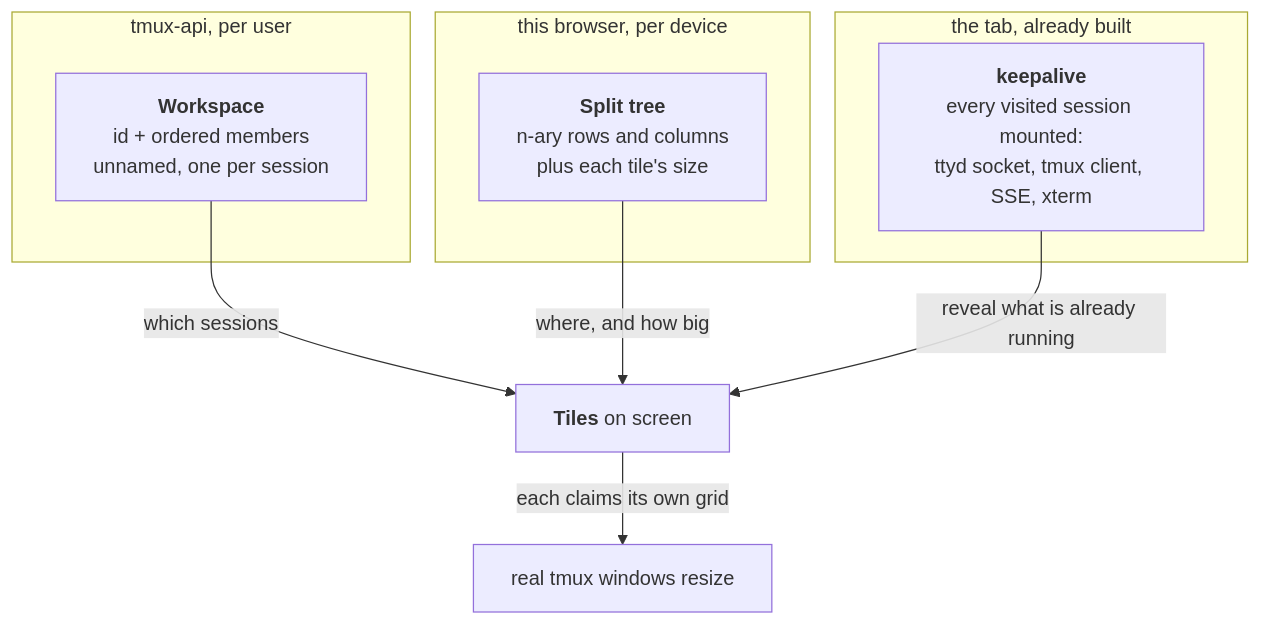
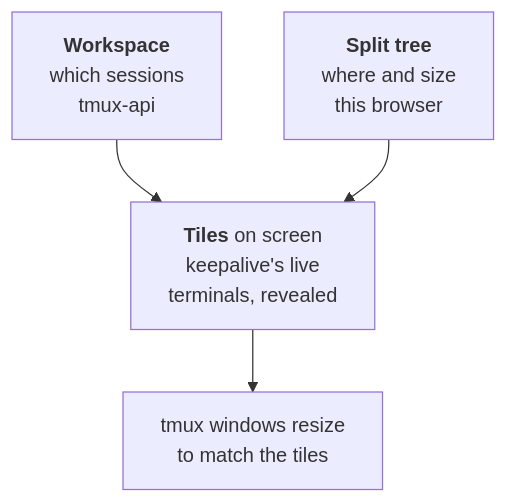
One commit to ViktorBarzin/terminal-lobby changed the first of 3 diagrams in docs/plans/2026-09-12-multi-session-workspaces-design.md. Above: the diagram before and after it, drawn with Mermaid. The commit also changed other lines of this file, not shown here.

Commit message:
docs: make the workspaces diagrams read on a phone
Looked at the rendered page at 430px. The architecture diagram put three
boxes in a row and ran off the right edge, so keepalive folds into the tiles
box it feeds, which is honest since the tiles are its already-live terminals.
The state diagram's self-transition made four labels land on top of each
other, so it is gone and the two exits merge into one edge.

````diff
--- a/docs/plans/2026-09-12-multi-session-workspaces-design.md
+++ b/docs/plans/2026-09-12-multi-session-workspaces-design.md
@@ -19,16 +19,8 @@
 ```mermaid
-flowchart TB
-  subgraph server["tmux-api, per user"]
-    WS["<b>Workspace</b><br/>id + ordered members<br/>unnamed, one per session"]
-  end
-  subgraph browser["this browser, per device"]
-    TREE["<b>Split tree</b><br/>n-ary rows and columns<br/>plus each tile's size"]
-  end
-  subgraph tab["the tab, already built"]
-    KA["<b>keepalive</b><br/>every visited session mounted:<br/>ttyd socket, tmux client, SSE, xterm"]
-  end
-  WS -->|which sessions| TILES["<b>Tiles</b> on screen"]
-  TREE -->|where, and how big| TILES
-  KA -->|reveal what is already running| TILES
-  TILES -->|each claims its own grid| TMUX["real tmux windows resize"]
+flowchart TD
+  WS["<b>Workspace</b><br/>which sessions<br/>tmux-api"]
+  TREE["<b>Split tree</b><br/>where and size<br/>this browser"]
+  WS --> TILES["<b>Tiles</b> on screen<br/>keepalive's live<br/>terminals, revealed"]
+  TREE --> TILES
+  TILES --> TMUX["tmux windows resize<br/>to match the tiles"]
 ```
````
